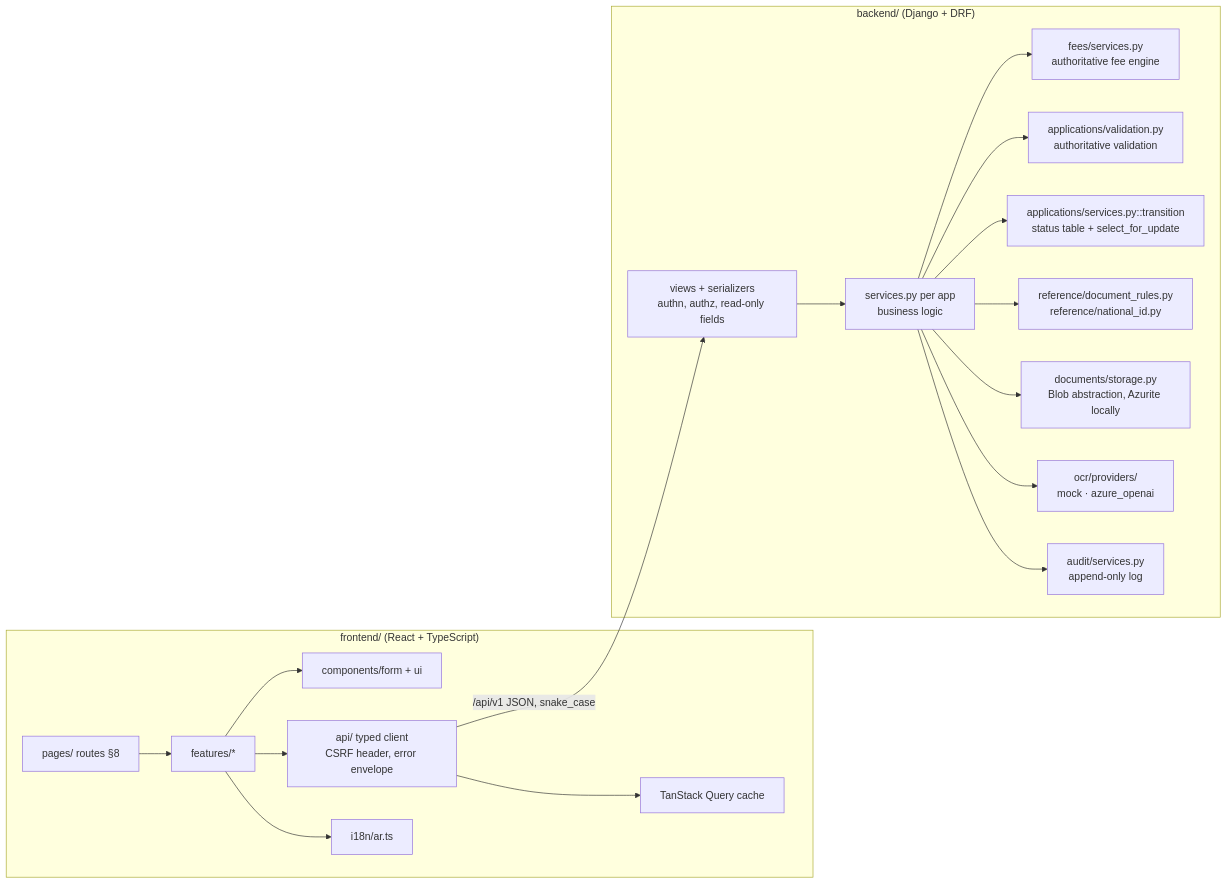
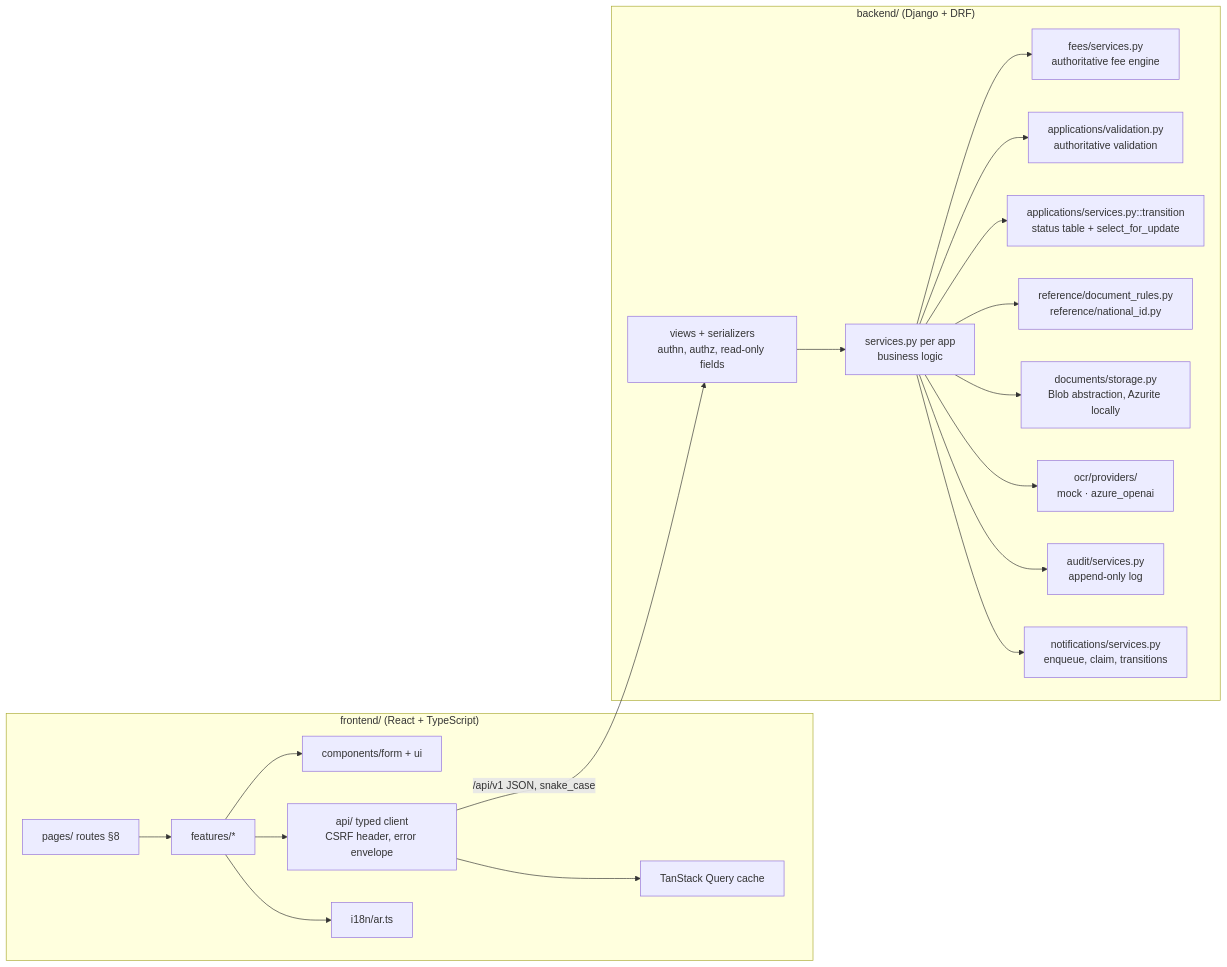
Before and after one commit to amr990719/Medical_App_Azure: the second of 8 diagrams in docs/architecture.md, drawn with Mermaid. The commit also changed other lines of this file and 9 other files, not shown here.

First line of the commit message:
docs: notifications architecture, security and deployment

````diff
--- a/docs/architecture.md
+++ b/docs/architecture.md
@@ -61,23 +68,24 @@
 ```mermaid
 flowchart LR
     subgraph SPA["frontend/ (React + TypeScript)"]
         PAGES[pages/ routes §8] --> FEAT[features/*]
         FEAT --> COMP[components/form + ui]
         FEAT --> API[api/ typed client<br/>CSRF header, error envelope]
         FEAT --> I18N[i18n/ar.ts]
         API --> TQ[TanStack Query cache]
     end
 
     subgraph Django["backend/ (Django + DRF)"]
         VIEWS[views + serializers<br/>authn, authz, read-only fields] --> SVC[services.py per app<br/>business logic]
         SVC --> FEES[fees/services.py<br/>authoritative fee engine]
         SVC --> VAL[applications/validation.py<br/>authoritative validation]
         SVC --> TRANS[applications/services.py::transition<br/>status table + select_for_update]
         SVC --> RULES[reference/document_rules.py<br/>reference/national_id.py]
         SVC --> STOR[documents/storage.py<br/>Blob abstraction, Azurite locally]
         SVC --> OCR[ocr/providers/<br/>mock · azure_openai]
         SVC --> AUD[audit/services.py<br/>append-only log]
+        SVC --> NOTI[notifications/services.py<br/>enqueue, claim, transitions]
     end
 
     API -- "/api/v1 JSON, snake_case" --> VIEWS
 ```
````
